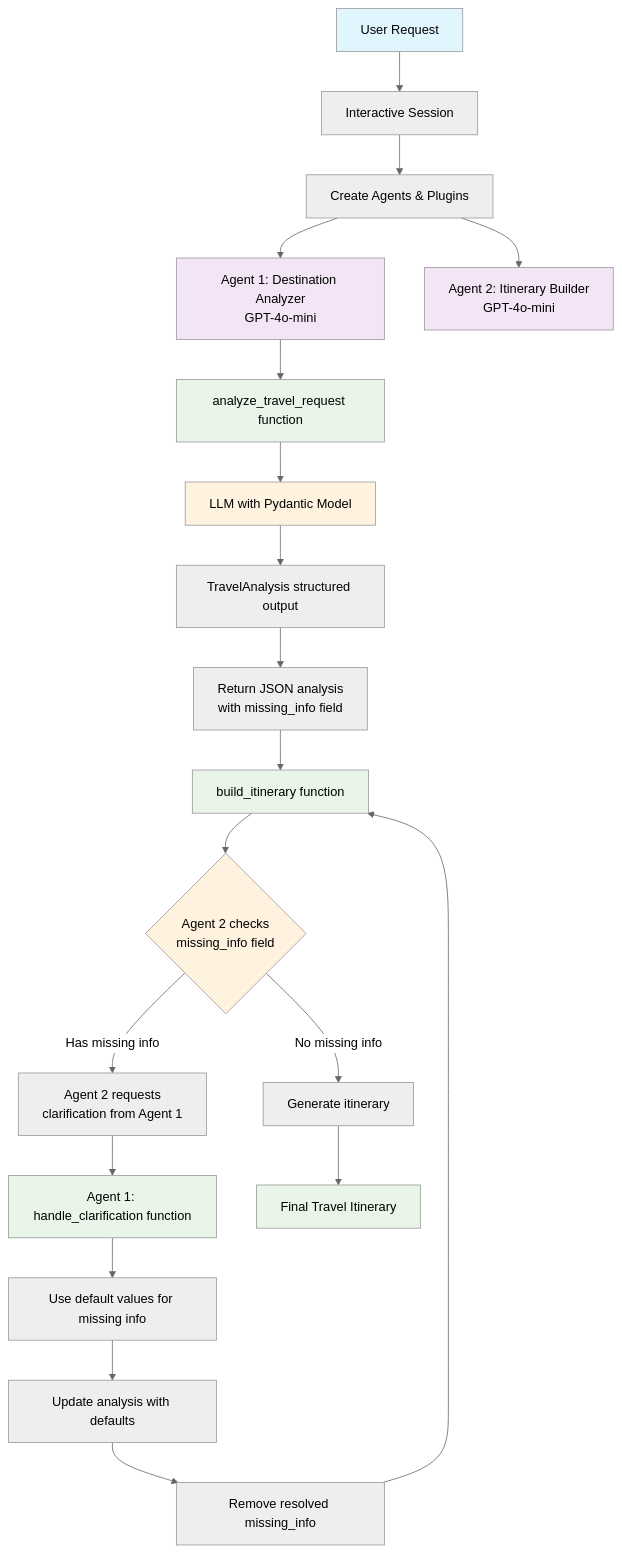
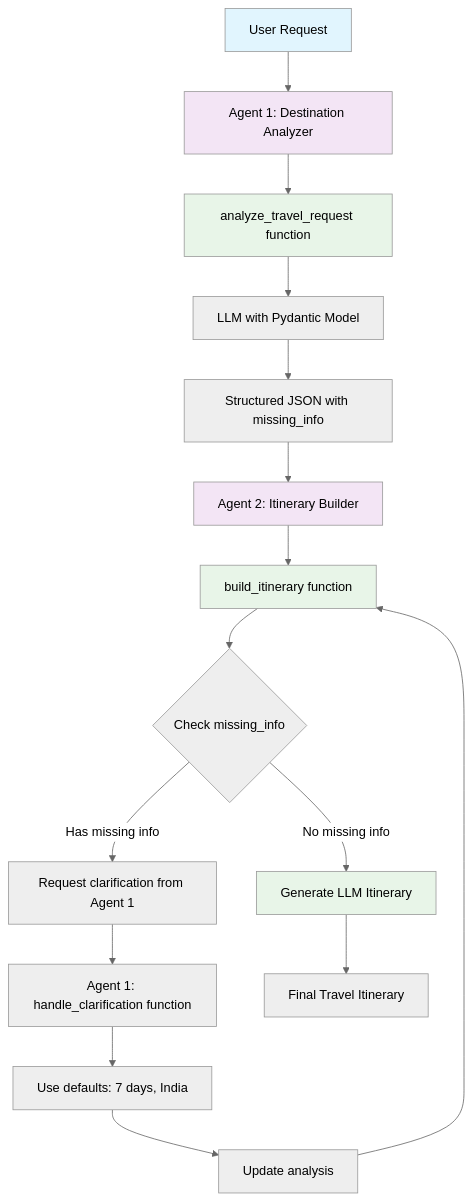
One commit to iamask/multi-agent-travel-planner changed the diagram in README.md. Above: the diagram before and after it, drawn with Mermaid (neutral theme). The commit also changed other lines of this file and 1 other file, not shown here.

````diff
--- a/README.md
+++ b/README.md
@@ -48,40 +52,28 @@
 ```mermaid
 flowchart TD
-    A[User Request] --> B[Interactive Session]
-    B --> C[Create Agents & Plugins]
-    C --> D[Agent 1: Destination Analyzer<br/>GPT-4o-mini]
-    C --> E[Agent 2: Itinerary Builder<br/>GPT-4o-mini]
+    A[User Request] --> B[Agent 1: Destination Analyzer]
+    B --> C[analyze_travel_request function]
+    C --> D[LLM with Pydantic Model]
+    D --> E[Structured JSON with missing_info]
 
-    %% Agent 1 Flow - Analysis Only
-    D --> F[analyze_travel_request function]
-    F --> G[LLM with Pydantic Model]
-    G --> H[TravelAnalysis structured output]
-    H --> I[Return JSON analysis<br/>with missing_info field]
+    E --> F[Agent 2: Itinerary Builder]
+    F --> G[build_itinerary function]
+    G --> H{Check missing_info}
 
-    %% Agent 2 Flow - Missing Info Detection
-    I --> J[build_itinerary function]
-    J --> K{Agent 2 checks<br/>missing_info field}
-    K -->|No missing info| L[Generate itinerary]
-    K -->|Has missing info| M[Agent 2 requests<br/>clarification from Agent 1]
+    H -->|No missing info| I[Generate LLM Itinerary]
+    H -->|Has missing info| J[Request clarification from Agent 1]
 
-    %% Feedback Loop
-    M --> N[Agent 1: handle_clarification function]
-    N --> O[Use default values for missing info]
-    O --> P[Update analysis with defaults]
-    P --> Q[Remove resolved missing_info]
-    Q --> J
+    J --> K[Agent 1: handle_clarification function]
+    K --> L[Use defaults: 7 days, India]
+    L --> M[Update analysis]
+    M --> G
 
-    %% Complete Flow
-    L --> R[Final Travel Itinerary]
+    I --> N[Final Travel Itinerary]
 
-    %% Styling
     style A fill:#e1f5fe
-    style D fill:#f3e5f5
-    style E fill:#f3e5f5
-    style F fill:#e8f5e8
-    style G fill:#fff3e0
-    style J fill:#e8f5e8
-    style K fill:#fff3e0
-    style N fill:#e8f5e8
-    style R fill:#e8f5e8
+    style B fill:#f3e5f5
+    style F fill:#f3e5f5
+    style C fill:#e8f5e8
+    style G fill:#e8f5e8
+    style I fill:#e8f5e8
 ```
````
